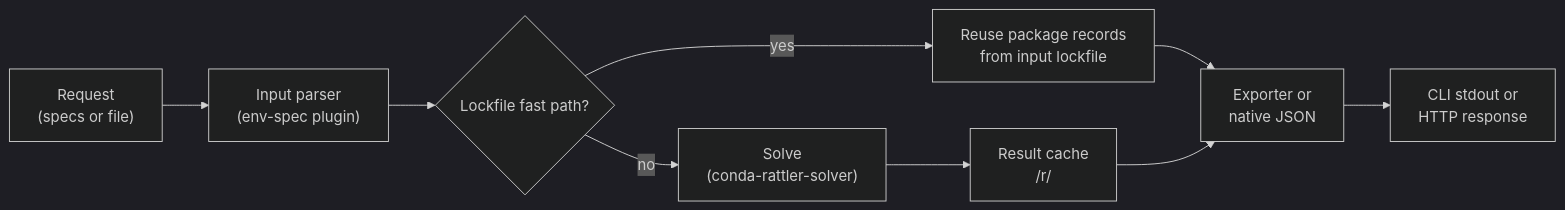
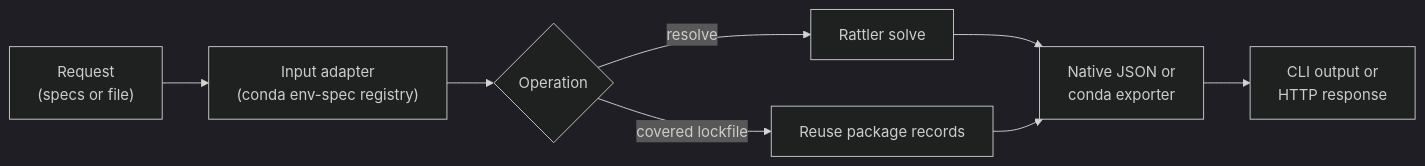
Before and after one commit to jezdez/conda-presto: the first of 2 diagrams in docs/explanation/architecture.md, drawn with Mermaid (dark theme). The commit also changed other lines of this file and 52 other files, not shown here.

````diff
--- a/docs/explanation/architecture.md
+++ b/docs/explanation/architecture.md
@@ -14,11 +14,10 @@
 ```{mermaid}
 flowchart LR
-    A["Request\n(specs or file)"] --> B["Input parser\n(env-spec plugin)"]
-    B --> C{"Lockfile fast path?"}
-    C -->|"yes"| D["Reuse package records\nfrom input lockfile"]
-    C -->|"no"| E["Solve\n(conda-rattler-solver)"]
-    E --> F["Result cache\n/r/<hash>"]
-    D --> G["Exporter or\nnative JSON"]
-    F --> G
-    G --> H["CLI stdout or\nHTTP response"]
+    A["Request\n(specs or file)"] --> B["Input adapter\n(conda env-spec registry)"]
+    B --> C{"Operation"}
+    C -->|"resolve"| D["Rattler solve"]
+    C -->|"covered lockfile"| E["Reuse package records"]
+    D --> F["Native JSON or\nconda exporter"]
+    E --> F
+    F --> G["CLI output or\nHTTP response"]
 ```
````
